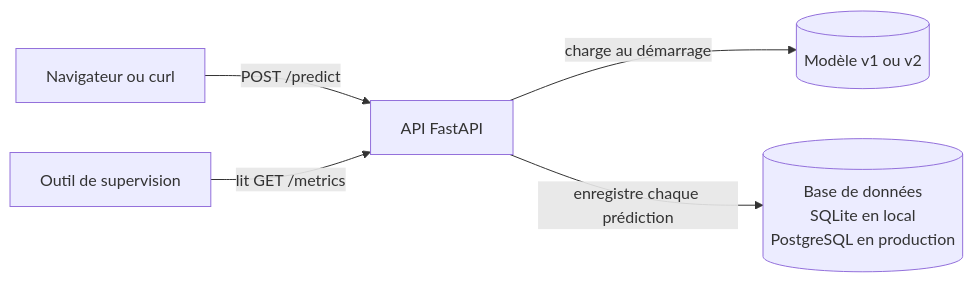
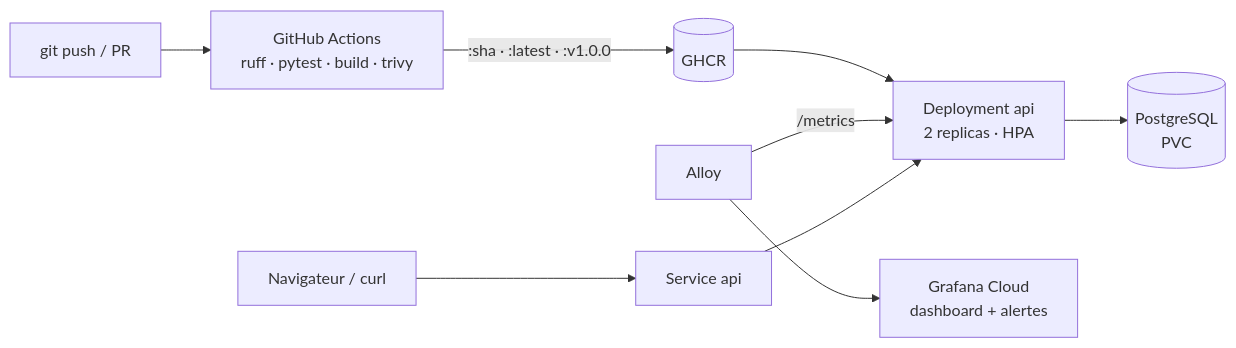
One commit to adel-855/cloud-sentiment-mini-project changed the diagram in README.md. Above: the diagram before and after it, drawn with Mermaid. The commit also changed other lines of this file and 14 other files, not shown here.

First line of the commit message:
feat(k8s): déploiement 2 replicas, HPA, PostgreSQL PVC, Alloy et dashboard Grafana

````diff
--- a/README.md
+++ b/README.md
@@ -65,7 +12,11 @@
 ```mermaid
 flowchart LR
-    U["Navigateur ou curl"] -->|"POST /predict"| A["API FastAPI"]
-    A -->|"charge au démarrage"| M[("Modèle v1 ou v2")]
-    A -->|"enregistre chaque prédiction"| D[("Base de données<br>SQLite en local<br>PostgreSQL en production")]
-    S["Outil de supervision"] -->|"lit GET /metrics"| A
+    DEV["git push / PR"] --> CI["GitHub Actions<br/>ruff · pytest · build · trivy"]
+    CI -->|":sha · :latest · :v1.0.0"| GHCR[("GHCR")]
+    GHCR --> API["Deployment api<br/>2 replicas · HPA"]
+    API --> DB[("PostgreSQL<br/>PVC")]
+    ALLOY["Alloy"] -->|"/metrics"| API
+    ALLOY --> GC["Grafana Cloud<br/>dashboard + alertes"]
+    USER["Navigateur / curl"] --> SVC["Service api"]
+    SVC --> API
 ```
````
